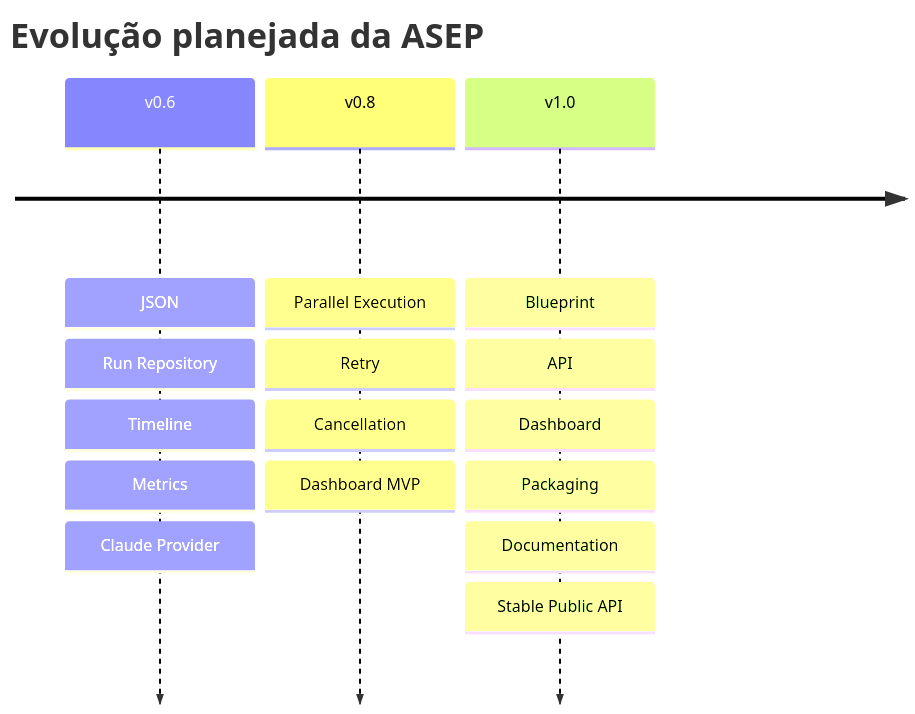
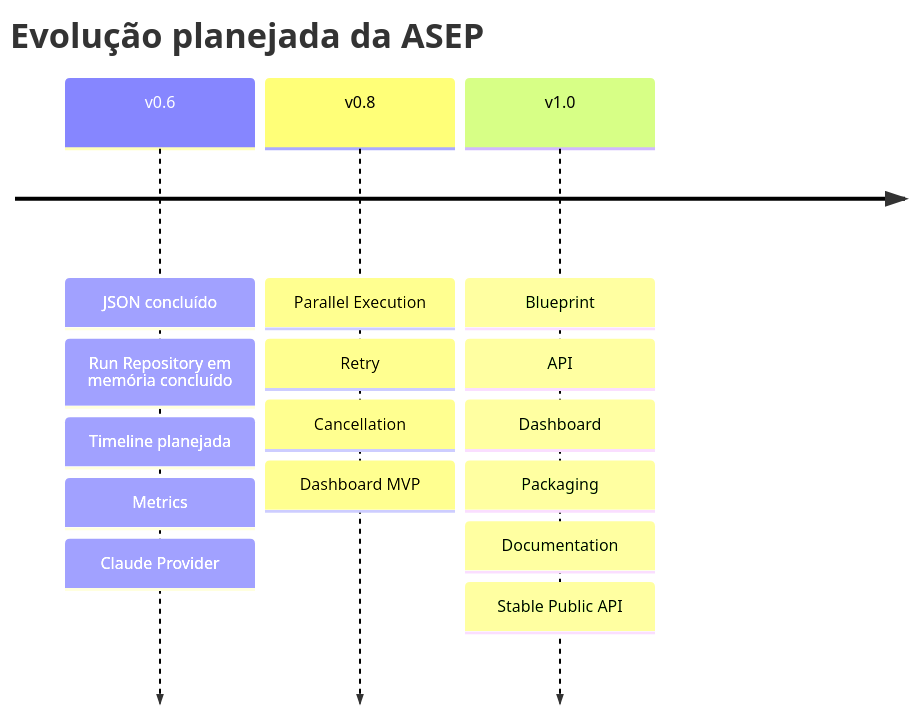
One commit to paul-92/fabrica-de-software changed the diagram in docs/architecture/Roadmap.md. Above: the diagram before and after it, drawn with Mermaid. The commit also changed other lines of this file and 7 other files, not shown here.

Commit message:
feat: add run repository domain and in-memory storage

````diff
--- a/docs/architecture/Roadmap.md
+++ b/docs/architecture/Roadmap.md
@@ -8,19 +8,19 @@
 ```mermaid
 timeline
     title Evolução planejada da ASEP
-    v0.6 : JSON
-         : Run Repository
-         : Timeline
+    v0.6 : JSON concluído
+         : Run Repository em memória concluído
+         : Timeline planejada
          : Metrics
          : Claude Provider
     v0.8 : Parallel Execution
          : Retry
          : Cancellation
          : Dashboard MVP
     v1.0 : Blueprint
          : API
          : Dashboard
          : Packaging
          : Documentation
          : Stable Public API
 ```
````
